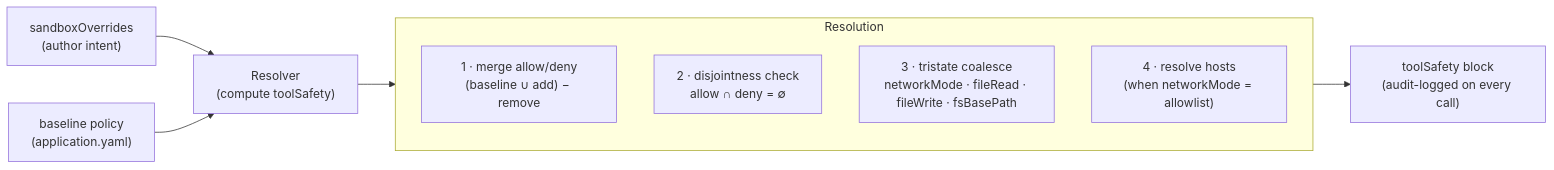
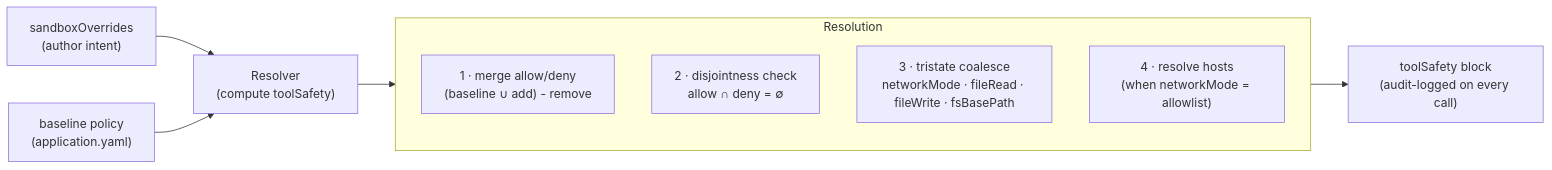
The fourth of 5 diagrams in docs/safe-tool-specification.md (spring-ai-community/spring-ai-playground), drawn with Mermaid before and after one commit. The commit also changed other lines of this file and 67 other files, not shown here.

````diff
--- a/docs/safe-tool-specification.md
+++ b/docs/safe-tool-specification.md
@@ -501,21 +501,21 @@
 ```mermaid
 flowchart LR
     OV["sandboxOverrides<br/>(author intent)"]
     BL["baseline policy<br/>(application.yaml)"]
     CALC["Resolver<br/>(compute toolSafety)"]
 
     subgraph STEPS["Resolution"]
         direction TB
-        M1["1 · merge allow/deny<br/>(baseline ∪ add) − remove"]
+        M1["1 · merge allow/deny<br/>(baseline ∪ add) - remove"]
         M2["2 · disjointness check<br/>allow ∩ deny = ∅"]
         M3["3 · tristate coalesce<br/>networkMode · fileRead · fileWrite · fsBasePath"]
         M4["4 · resolve hosts<br/>(when networkMode = allowlist)"]
     end
 
     TS["toolSafety block<br/>(audit-logged on every call)"]
 
     OV --> CALC
     BL --> CALC
     CALC --> STEPS
     STEPS --> TS
 ```
````
